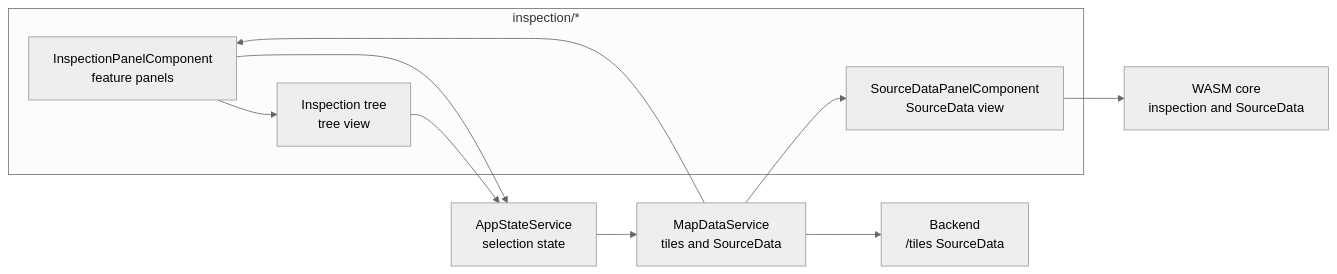
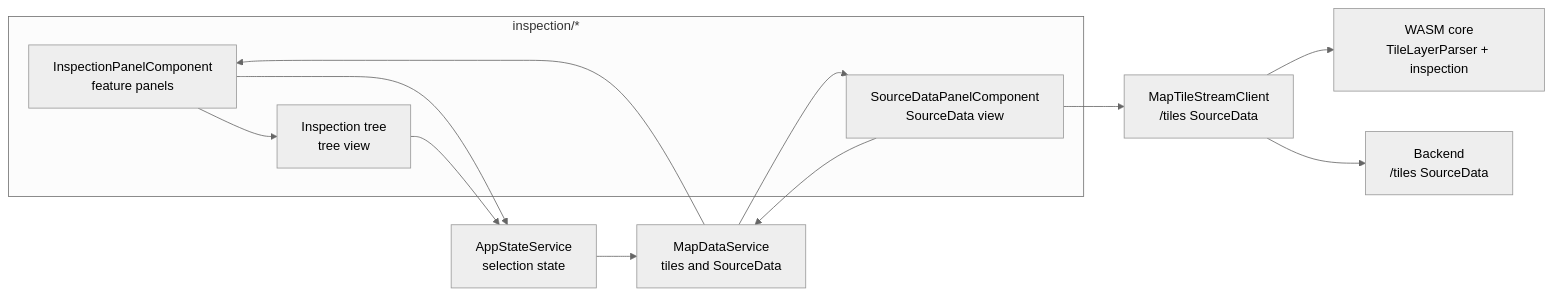
The sixth of 10 diagrams in docs/erdblick-dev-guide.md (ndsev/erdblick), drawn with Mermaid (neutral theme) before and after one commit. The commit also changed other lines of this file and 1 other file, not shown here.

Commit message:
Update docs regarding tile streaming UX/protocol updates.

````diff
--- a/docs/erdblick-dev-guide.md
+++ b/docs/erdblick-dev-guide.md
@@ -254,22 +257,25 @@
 ```mermaid
 flowchart LR
   subgraph inspection_dir[inspection/*]
     InspectPanel[InspectionPanelComponent<br>feature panels]
     InspectTree[Inspection tree<br>tree view]
     SourcePanel[SourceDataPanelComponent<br>SourceData view]
   end
   State[AppStateService<br>selection state]
   MapSvc[MapDataService<br>tiles and SourceData]
-  Core[WASM core<br>inspection and SourceData]
+  TileStream[MapTileStreamClient<br>/tiles SourceData]
+  Core[WASM core<br>TileLayerParser + inspection]
   Backend[Backend<br>/tiles SourceData]
 
   InspectPanel --> InspectTree
   InspectPanel --> State
   InspectTree --> State
 
   State --> MapSvc
   MapSvc --> InspectPanel
   MapSvc --> SourcePanel
-  SourcePanel --> Core
-  MapSvc --> Backend
+  SourcePanel --> MapSvc
+  SourcePanel --> TileStream
+  TileStream --> Core
+  TileStream --> Backend
 ```
````
